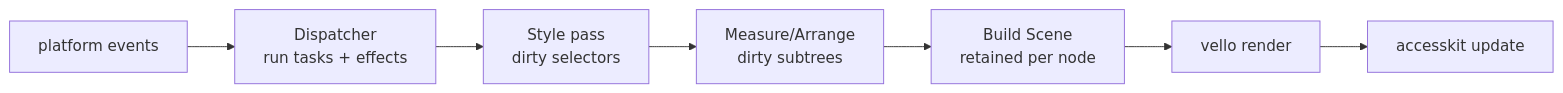
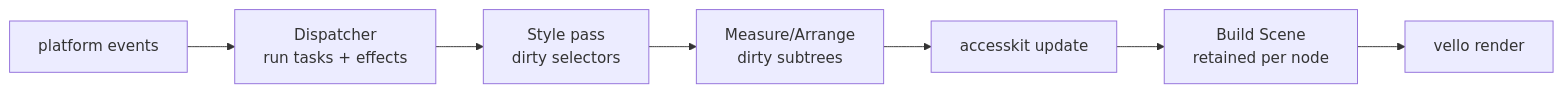
The second of 3 diagrams in docs/spec/technical_spec.md (wolfware-labs/artic), drawn with Mermaid before and after one commit. The commit also changed other lines of this file and 6 other files, not shown here.

````diff
--- a/docs/spec/technical_spec.md
+++ b/docs/spec/technical_spec.md
@@ -113,9 +113,9 @@
 ```mermaid
 flowchart LR
   E[platform events] --> D[Dispatcher<br/>run tasks + effects]
   D --> S[Style pass<br/>dirty selectors]
   S --> M[Measure/Arrange<br/>dirty subtrees]
-  M --> R[Build Scene<br/>retained per node]
+  M --> A[accesskit update]
+  A --> R[Build Scene<br/>retained per node]
   R --> V[vello render]
-  V --> A[accesskit update]
 ```
````
